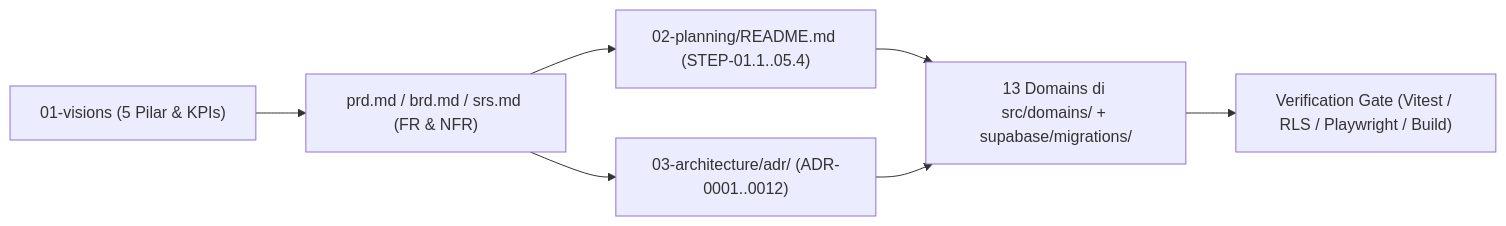
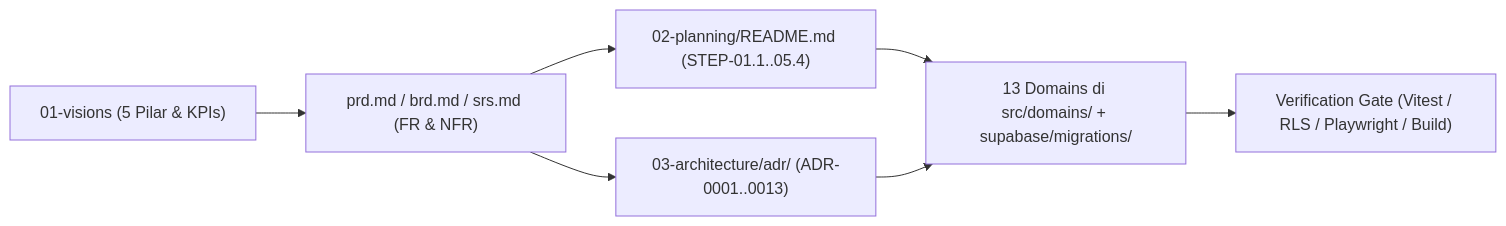
One commit to mjd-code/obmap-meed changed the diagram in docs/02-planning/traceability-matrix.md. Above: the diagram before and after it, drawn with Mermaid. The commit also changed other lines of this file and 48 other files, not shown here.

````diff
--- a/docs/02-planning/traceability-matrix.md
+++ b/docs/02-planning/traceability-matrix.md
@@ -30,9 +30,9 @@
 ```mermaid
 flowchart LR
     VIS["01-visions (5 Pilar & KPIs)"] --> REQ["prd.md / brd.md / srs.md (FR & NFR)"]
     REQ --> QUEUE["02-planning/README.md (STEP-01.1..05.4)"]
-    REQ --> ADR["03-architecture/adr/ (ADR-0001..0012)"]
+    REQ --> ADR["03-architecture/adr/ (ADR-0001..0013)"]
     QUEUE --> CODE["13 Domains di src/domains/ + supabase/migrations/"]
     ADR --> CODE
     CODE --> GATE["Verification Gate (Vitest / RLS / Playwright / Build)"]
 ```
````
